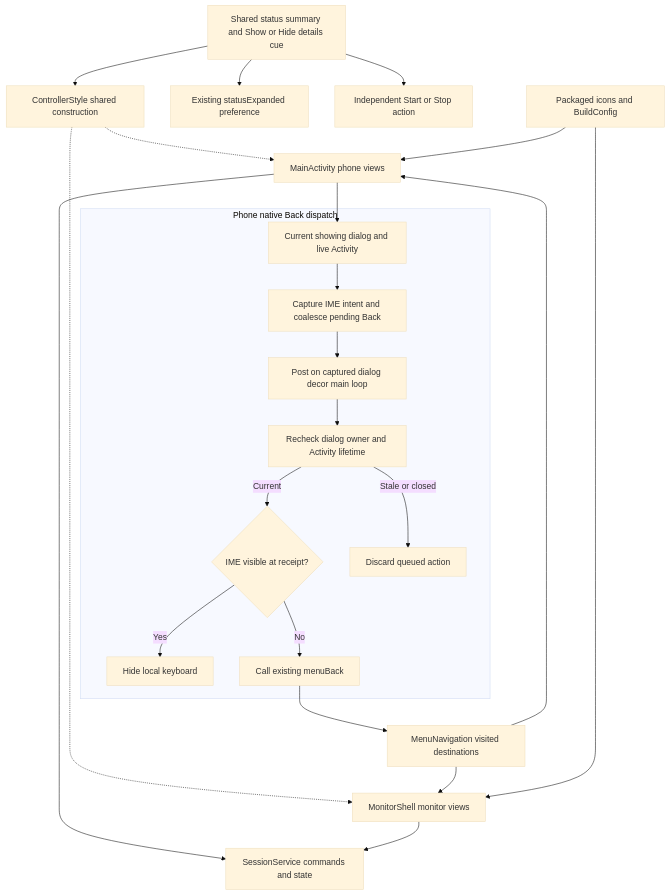
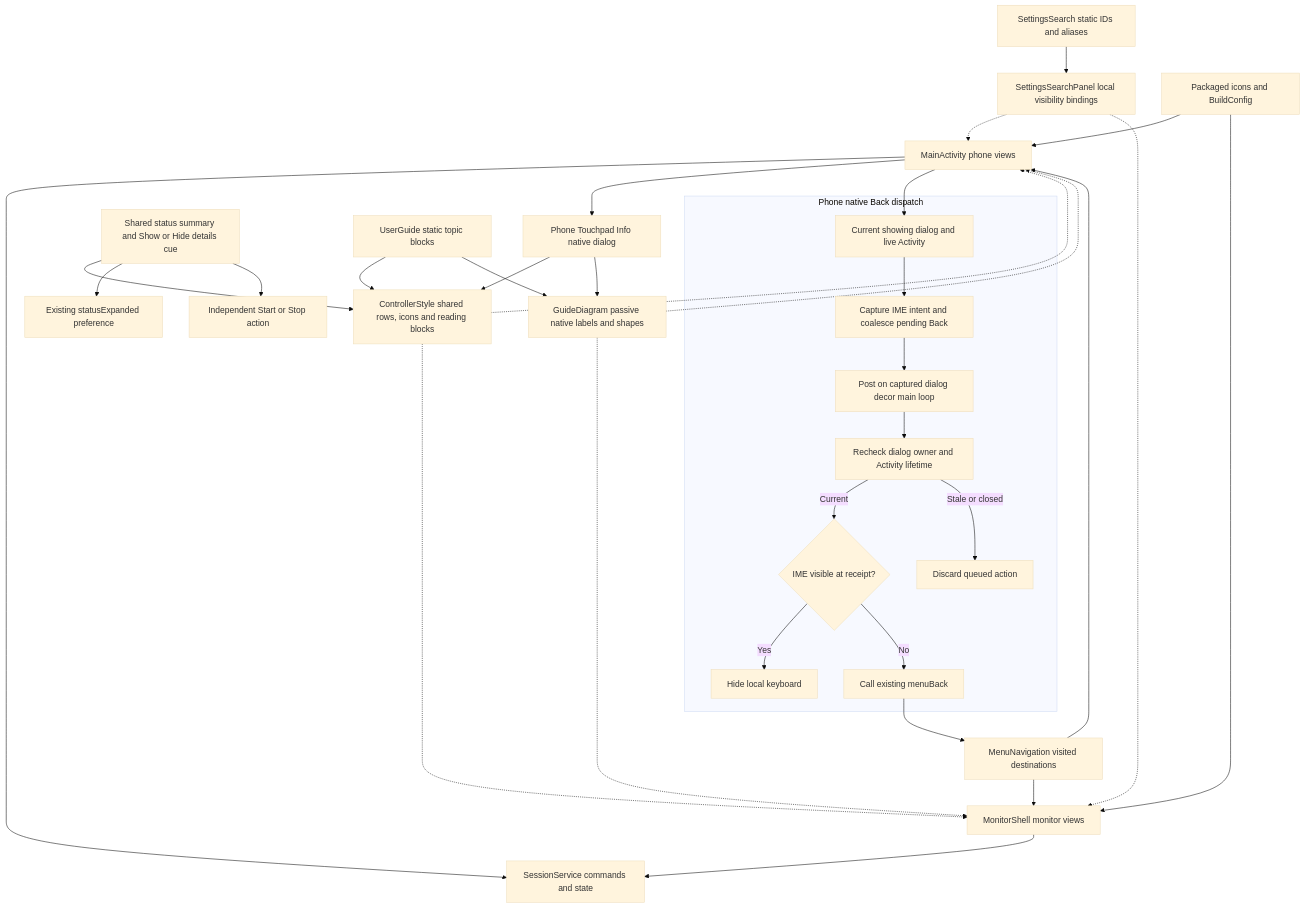
One commit to PhiLong-Ho/DexDroid changed the first of 2 diagrams in docs/architecture/features/controller-ui.md. Above: the diagram before and after it, drawn with Mermaid (base theme). The commit also changed other lines of this file and 82 other files, not shown here.

````diff
--- a/docs/architecture/features/controller-ui.md
+++ b/docs/architecture/features/controller-ui.md
@@ -19,25 +27,35 @@
 ```mermaid
 flowchart TB
     Phone[MainActivity phone views] --> Commands[SessionService commands and state]
     Monitor[MonitorShell monitor views] --> Commands
-    Style[ControllerStyle shared construction] -.-> Phone
+    Style[ControllerStyle shared rows, icons and reading blocks] -.-> Phone
     Style -.-> Monitor
     Status[Shared status summary and Show or Hide details cue] --> Style
     Status --> Remembered[Existing statusExpanded preference]
     Status --> Independent[Independent Start or Stop action]
     Nav[MenuNavigation visited destinations] --> Phone
     Nav --> Monitor
+    Index[SettingsSearch static IDs and aliases] --> Filter[SettingsSearchPanel local visibility bindings]
+    Filter -.-> Phone
+    Filter -.-> Monitor
     Resources[Packaged icons and BuildConfig] --> Phone
     Resources --> Monitor
+    Guide[UserGuide static topic blocks] --> Style
+    Guide --> Sketch[GuideDiagram passive native labels and shapes]
+    Phone --> Help[Phone Touchpad Info native dialog]
+    Help --> Style
+    Help --> Sketch
+    Sketch -.-> Phone
+    Sketch -.-> Monitor
     subgraph PhoneBack[Phone native Back dispatch]
         Receipt[Current showing dialog and live Activity] --> Intent[Capture IME intent and coalesce pending Back]
         Intent --> Queue[Post on captured dialog decor main loop]
         Queue --> Owner[Recheck dialog owner and Activity lifetime]
         Owner -->|Current| Apply{IME visible at receipt?}
         Apply -->|Yes| Hide[Hide local keyboard]
         Apply -->|No| Back[Call existing menuBack]
         Owner -->|Stale or closed| Discard[Discard queued action]
     end
     Phone --> Receipt
     Back --> Nav
 ```
````
